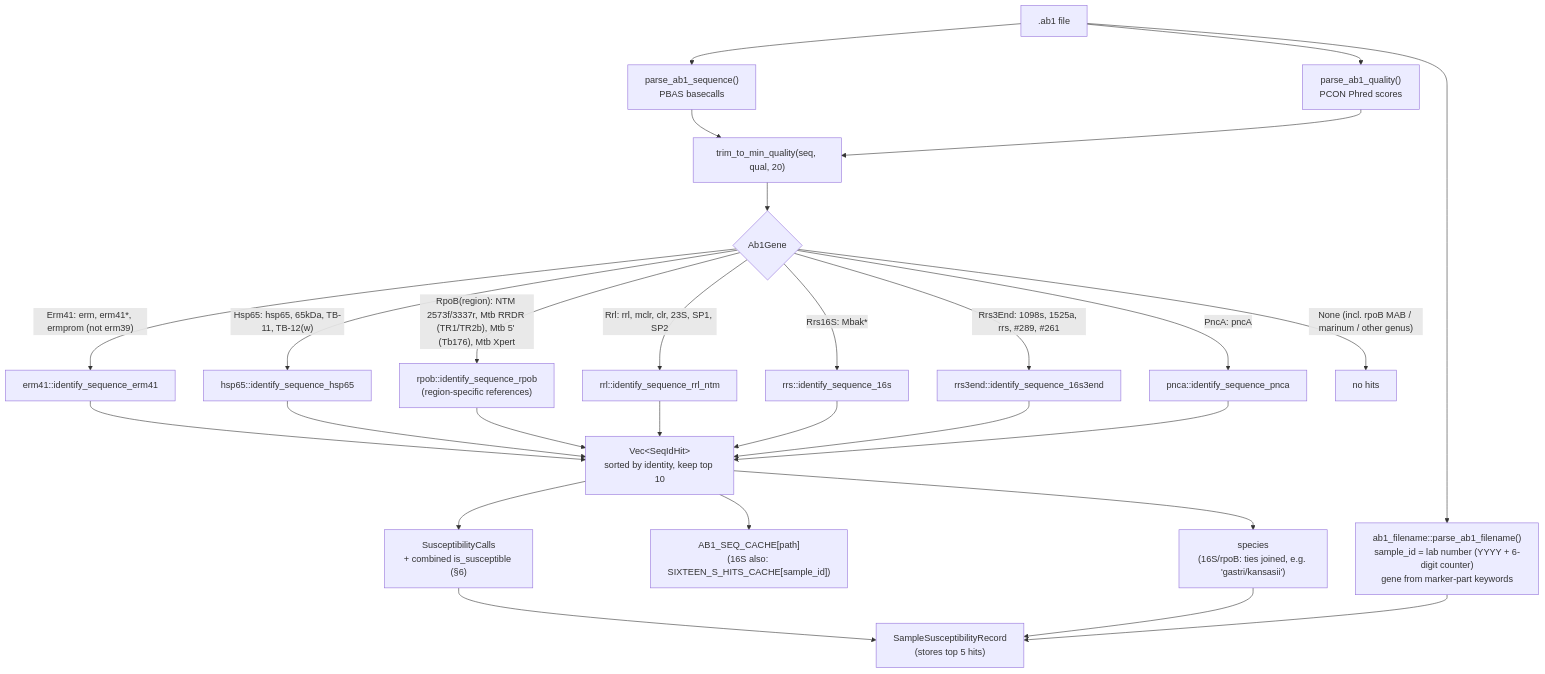
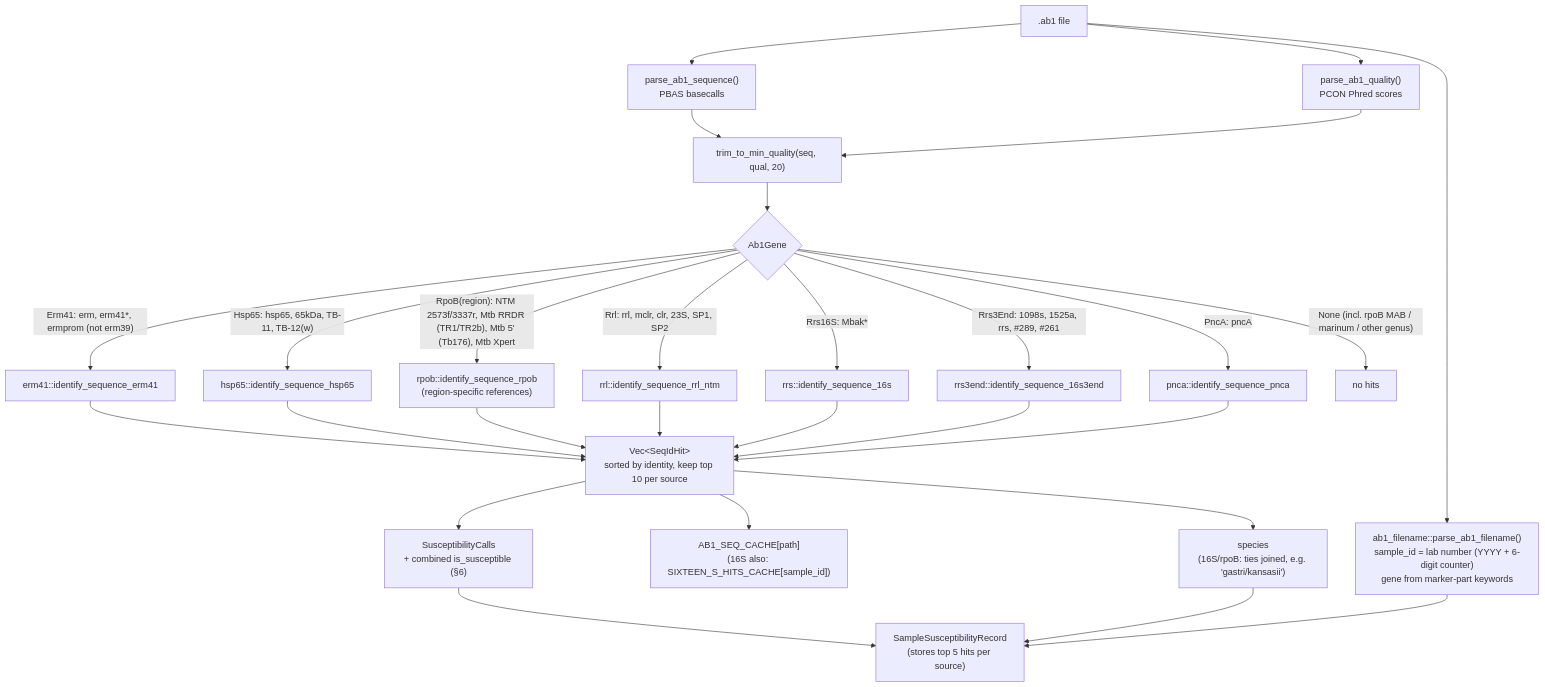
Before and after one commit to michaelmeuli/cosmic-files: the third of 6 diagrams in src/sequencing/README.md, drawn with Mermaid. The commit also changed other lines of this file and 7 other files, not shown here.

````diff
--- a/src/sequencing/README.md
+++ b/src/sequencing/README.md
@@ -107,23 +116,23 @@
 ```mermaid
 flowchart TD
     F[".ab1 file"] --> P1["parse_ab1_sequence()<br/>PBAS basecalls"]
     F --> P2["parse_ab1_quality()<br/>PCON Phred scores"]
     P1 & P2 --> TQ["trim_to_min_quality(seq, qual, 20)"]
     F --> FN["ab1_filename::parse_ab1_filename()<br/>sample_id = lab number (YYYY + 6-digit counter)<br/>gene from marker-part keywords"]
 
     TQ --> D{"Ab1Gene"}
     D -- "Erm41: erm, erm41*, ermprom (not erm39)" --> E["erm41::identify_sequence_erm41"]
     D -- "Hsp65: hsp65, 65kDa, TB-11, TB-12(w)" --> H["hsp65::identify_sequence_hsp65"]
     D -- "RpoB(region): NTM 2573f/3337r, Mtb RRDR (TR1/TR2b), Mtb 5' (Tb176), Mtb Xpert" --> RP["rpob::identify_sequence_rpob<br/>(region-specific references)"]
     D -- "Rrs16S: Mbak*" --> S16["rrs::identify_sequence_16s"]
     D -- "Rrs3End: 1098s, 1525a, rrs, #289, #261" --> S3["rrs3end::identify_sequence_16s3end"]
     D -- "Rrl: rrl, mclr, clr, 23S, SP1, SP2" --> RL["rrl::identify_sequence_rrl_ntm"]
     D -- "PncA: pncA" --> PN["pnca::identify_sequence_pnca"]
     D -- "None (incl. rpoB MAB / marinum / other genus)" --> X["no hits"]
 
-    E & H & RP & RL & S16 & S3 & PN --> HITS["Vec&lt;SeqIdHit&gt;<br/>sorted by identity, keep top 10"]
+    E & H & RP & RL & S16 & S3 & PN --> HITS["Vec&lt;SeqIdHit&gt;<br/>sorted by identity, keep top 10 per source"]
     HITS --> MC["AB1_SEQ_CACHE[path]<br/>(16S also: SIXTEEN_S_HITS_CACHE[sample_id])"]
     HITS --> SUS["SusceptibilityCalls<br/>+ combined is_susceptible (§6)"]
     HITS --> SP["species<br/>(16S/rpoB: ties joined, e.g. 'gastri/kansasii')"]
-    SUS & SP & FN --> REC["SampleSusceptibilityRecord<br/>(stores top 5 hits)"]
+    SUS & SP & FN --> REC["SampleSusceptibilityRecord<br/>(stores top 5 hits per source)"]
 ```
````
